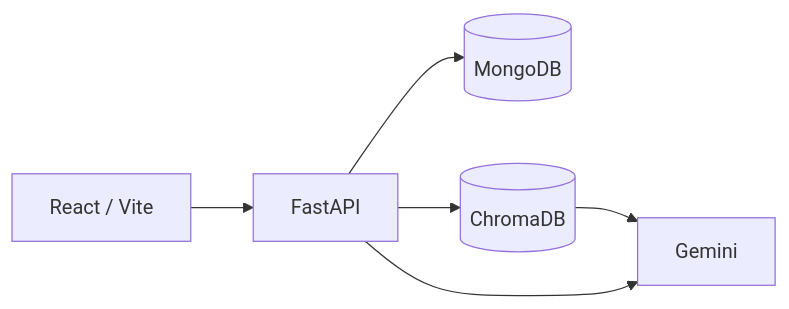
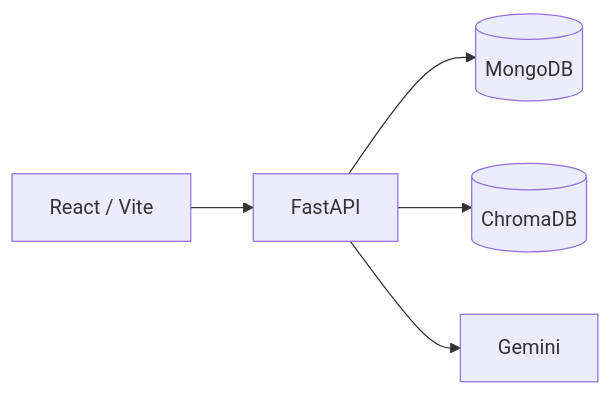
Before and after one commit to Chathuni-Nimesha/SupportFlow-AI: the first of 2 diagrams in README.md, drawn with Mermaid. The commit also changed other lines of this file, not shown here.

````diff
--- a/README.md
+++ b/README.md
@@ -98,8 +74,7 @@
 ```mermaid
 flowchart LR
   FE["React / Vite"] --> API["FastAPI"]
   API --> Mongo[(MongoDB)]
   API --> Chroma[(ChromaDB)]
-  Chroma --> Gemini["Gemini"]
-  API --> Gemini
+  API --> Gemini["Gemini"]
 ```
````
